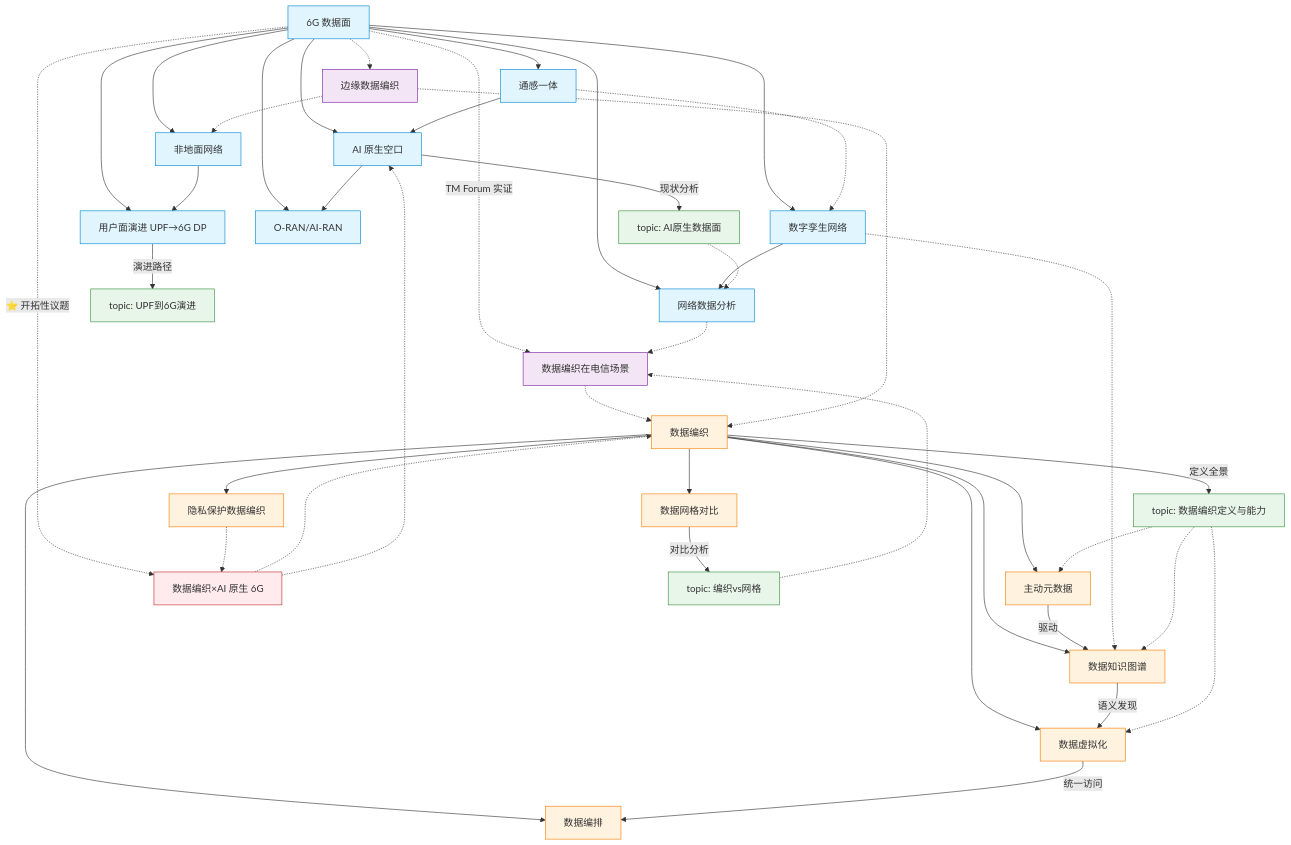
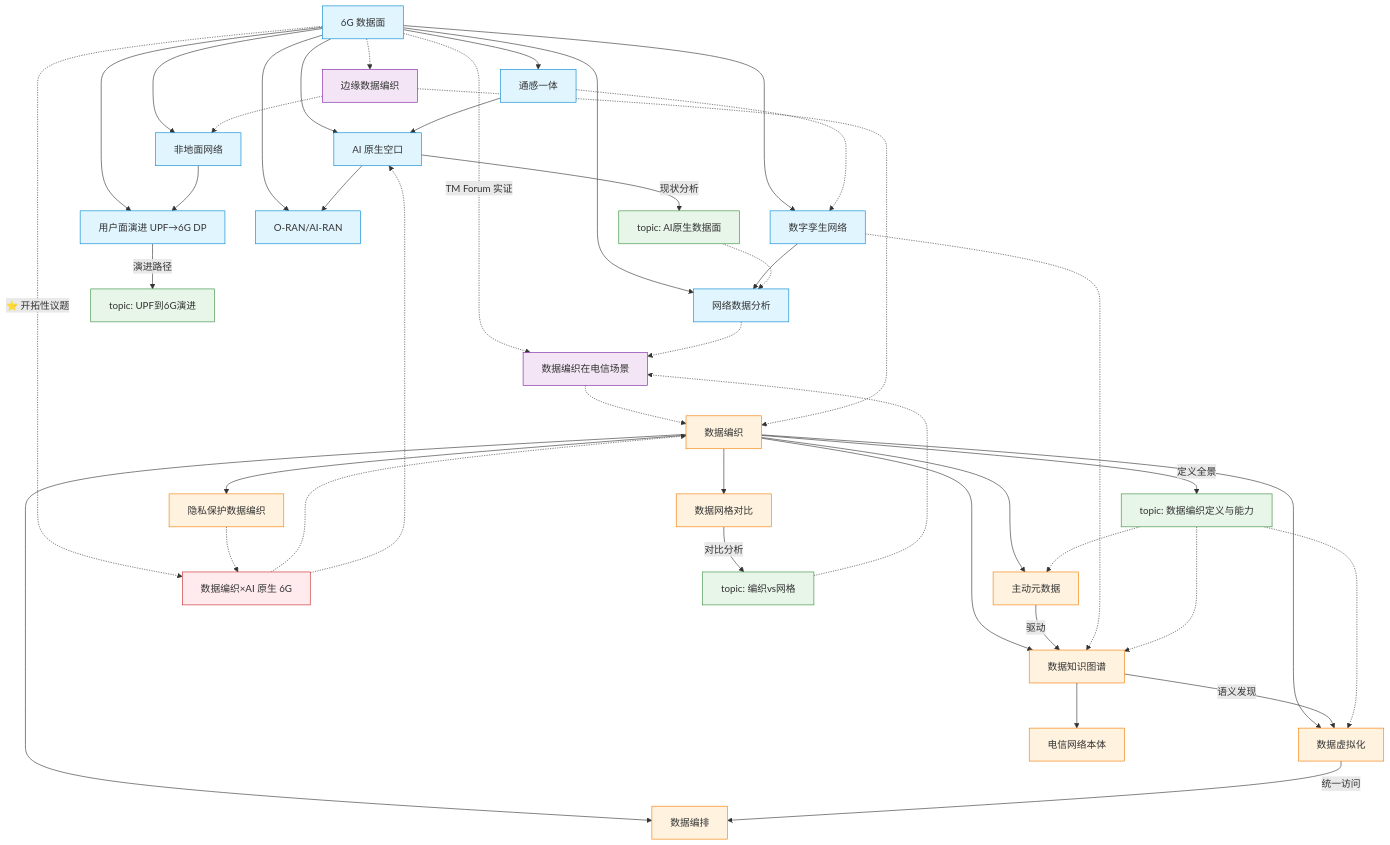
The diagram in wiki/concepts/README.md (newmanxiang/6GDataPlane), drawn with Mermaid before and after one commit. The commit also changed other lines of this file and 33 other files, not shown here.

````diff
--- a/wiki/concepts/README.md
+++ b/wiki/concepts/README.md
@@ -7,68 +7,69 @@
 ```mermaid
 graph TD
     %% 6G 数据面侧（A类）
     DP[6G 数据面]
     DP --> UPE[用户面演进 UPF→6G DP]
     DP --> AIA[AI 原生空口]
     DP --> DTN[数字孪生网络]
     DP --> ISAC[通感一体]
     DP --> NTN[非地面网络]
     DP --> RAN[O-RAN/AI-RAN]
     DP --> NWDA[网络数据分析]
 
     %% A类内部关系
     DTN --> NWDA
     ISAC --> AIA
     ISAC -.-> DTN
     NTN --> UPE
     AIA --> RAN
 
     %% 数据编织侧（B类）
     DF[数据编织]
     DF --> AM[主动元数据]
     DF --> KG[数据知识图谱]
     DF --> DV[数据虚拟化]
     DF --> DO[数据编排]
     DF --> PP[隐私保护数据编织]
     DF --> DMESH[数据网格对比]
 
     %% B类内部关系（协作链条）
     AM -->|驱动| KG
     KG -->|语义发现| DV
     DV -->|统一访问| DO
+    KG --> ONT[电信网络本体]
 
     %% 交集议题（C类）
     DP -.->|TM Forum 实证| DF_TEL[数据编织在电信场景]
     DF_TEL -.-> DF
     DP -.->|⭐ 开拓性议题| DF_AIN[数据编织×AI 原生 6G]
     DF_AIN -.-> DF
     DF_AIN -.-> AIA
     DP -.-> EDGE[边缘数据编织]
     EDGE -.-> DF
     EDGE -.-> NTN
     PP -.-> DF_AIN
     NWDA -.-> DF_TEL
     DTN -.-> KG
 
     %% Topic 深调关系（D9 新增）
     DF -->|定义全景| T_DFDC[topic: 数据编织定义与能力]
     DMESH -->|对比分析| T_DFVM[topic: 编织vs网格]
     T_DFDC -.-> AM
     T_DFDC -.-> KG
     T_DFDC -.-> DV
     T_DFVM -.-> DF_TEL
     UPE -->|演进路径| T_UPE[topic: UPF到6G演进]
     AIA -->|现状分析| T_AINP[topic: AI原生数据面]
     T_AINP -.-> NWDA
 
     classDef dp fill:#e1f5ff,stroke:#0288d1;
     classDef df fill:#fff3e0,stroke:#f57c00;
     classDef cross fill:#f3e5f5,stroke:#7b1fa2;
     classDef gap fill:#ffebee,stroke:#c62828;
     classDef topic fill:#e8f5e9,stroke:#388e3c;
     class DP,UPE,AIA,DTN,ISAC,NTN,RAN,NWDA dp;
-    class DF,AM,KG,DV,DO,PP,DMESH df;
+    class DF,AM,KG,DV,DO,PP,DMESH,ONT df;
     class DF_TEL,EDGE cross;
     class DF_AIN gap;
     class T_DFDC,T_DFVM,T_UPE,T_AINP topic;
 ```
````
